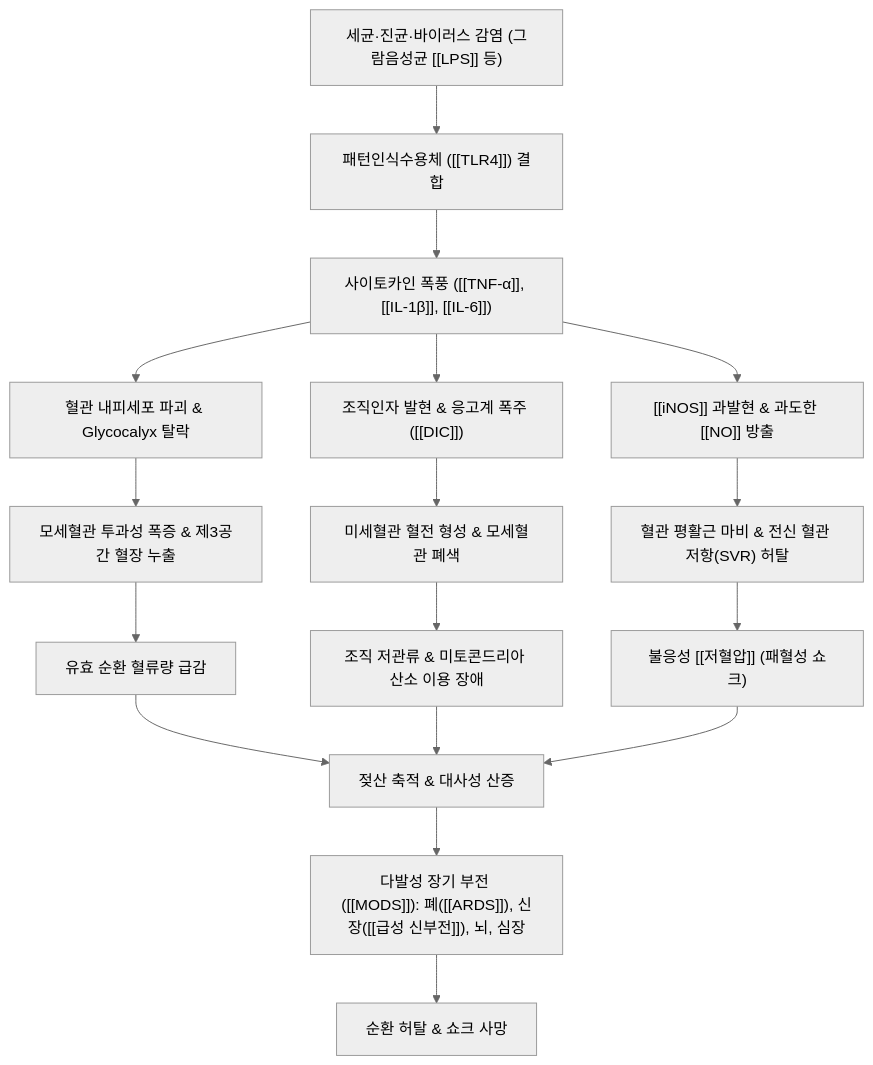
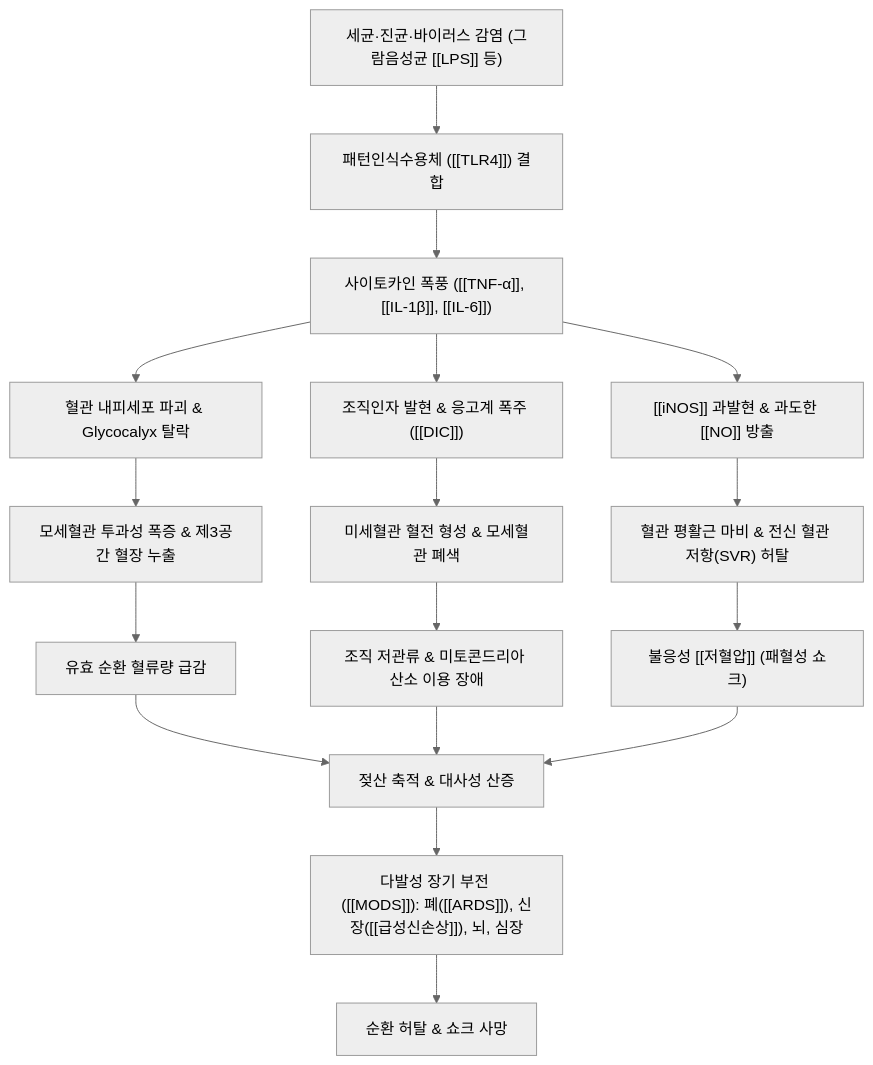
The first of 2 diagrams in content/3. 이론 공부/질환/순환기 질환/기타 순환기/패혈증.md (simbio11/simbio-digital-garden2), drawn with Mermaid (neutral theme) before and after one commit. The commit also changed other lines of this file and 442 other files, not shown here.

````diff
--- a/content/3. 이론 공부/질환/순환기 질환/기타 순환기/패혈증.md
+++ b/content/3. 이론 공부/질환/순환기 질환/기타 순환기/패혈증.md
@@ -97,21 +97,21 @@
 ```mermaid
 graph TD
     Pathogen["세균·진균·바이러스 감염 (그람음성균 [[LPS]] 등)"] --> TLR["패턴인식수용체 ([[TLR4]]) 결합"]
     TLR --> Cytokines["사이토카인 폭풍 ([[TNF-α]], [[IL-1β]], [[IL-6]])"]
 
     Cytokines --> Endothelial["혈관 내피세포 파괴 & Glycocalyx 탈락"]
     Cytokines --> Coagulation["조직인자 발현 & 응고계 폭주 ([[DIC]])"]
     Cytokines --> iNOS["[[iNOS]] 과발현 & 과도한 [[NO]] 방출"]
 
     Endothelial --> CapLeak["모세혈관 투과성 폭증 & 제3공간 혈장 누출"]
     Coagulation --> Thrombi["미세혈관 혈전 형성 & 모세혈관 폐색"]
     iNOS --> Vasodilation["혈관 평활근 마비 & 전신 혈관 저항(SVR) 허탈"]
 
     CapLeak --> Hypovolemia["유효 순환 혈류량 급감"]
     Thrombi --> Ischemia["조직 저관류 & 미토콘드리아 산소 이용 장애"]
     Vasodilation --> Shock["불응성 [[저혈압]] (패혈성 쇼크)"]
 
     Hypovolemia & Ischemia & Shock --> LacticAcid["젖산 축적 & 대사성 산증"]
-    LacticAcid --> MODS["다발성 장기 부전 ([[MODS]]): 폐([[ARDS]]), 신장([[급성 신부전]]), 뇌, 심장"]
+    LacticAcid --> MODS["다발성 장기 부전 ([[MODS]]): 폐([[ARDS]]), 신장([[급성신손상]]), 뇌, 심장"]
     MODS --> Death["순환 허탈 & 쇼크 사망"]
 ```
````
